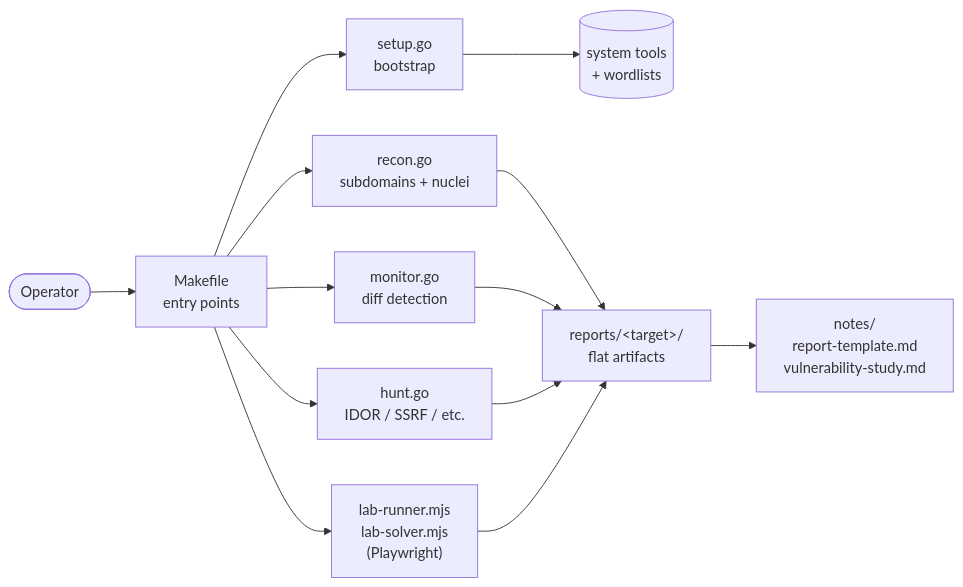
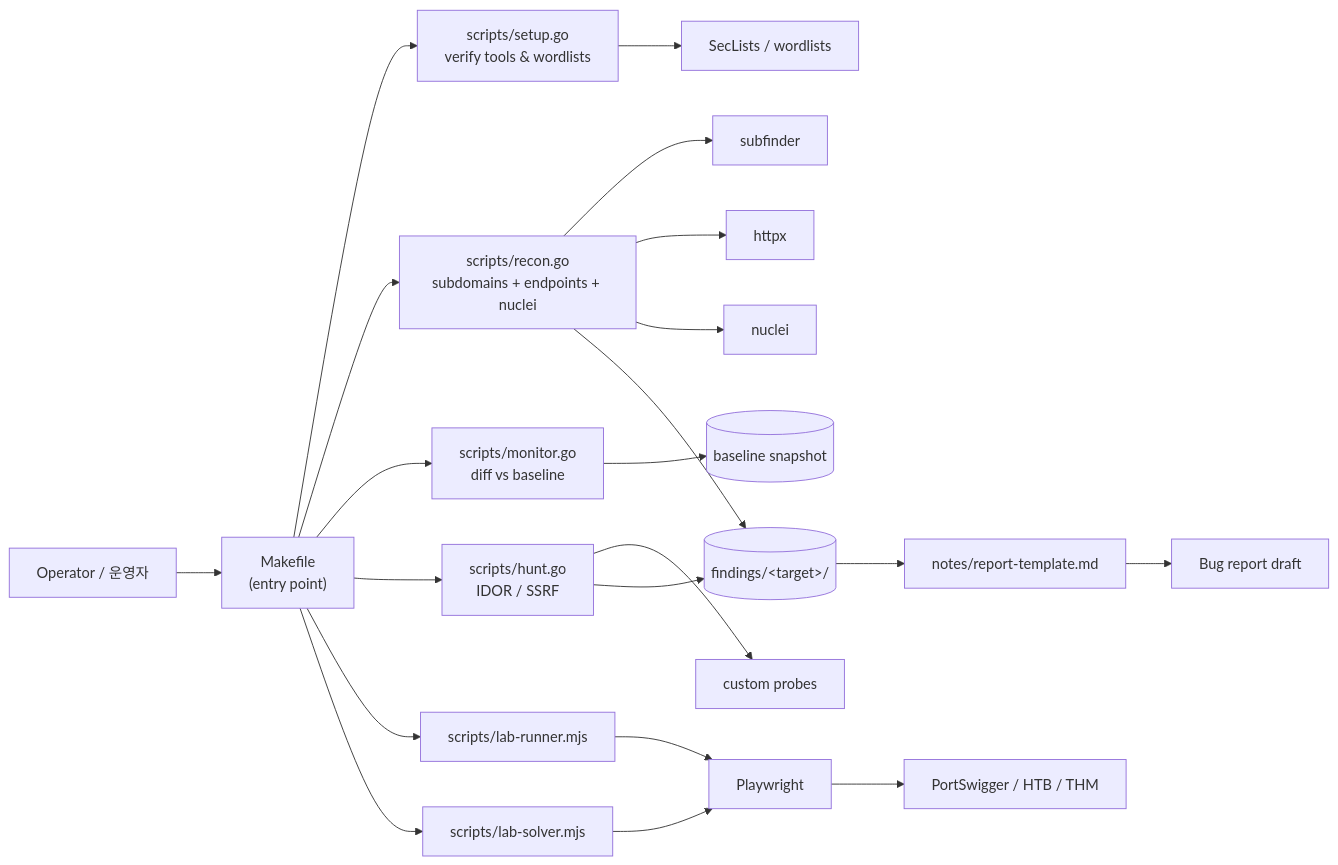
Before and after one commit to jclee941/bug: the diagram in README.md, drawn with Mermaid. The commit also changed other lines of this file, not shown here.

````diff
--- a/README.md
+++ b/README.md
@@ -81,20 +78,28 @@
 ```mermaid
 flowchart LR
-    OP([Operator])
-    MK["Makefile<br/>entry points"]
-    OP --> MK
+    Operator["Operator / 운영자"] --> Make["Makefile<br/>(entry point)"]
 
-    MK --> SET["setup.go<br/>bootstrap"]
-    MK --> REC["recon.go<br/>subdomains + nuclei"]
-    MK --> MON["monitor.go<br/>diff detection"]
-    MK --> HNT["hunt.go<br/>IDOR / SSRF / etc."]
-    MK --> LABS["lab-runner.mjs<br/>lab-solver.mjs<br/>(Playwright)"]
+    Make --> Setup["scripts/setup.go<br/>verify tools &amp; wordlists"]
+    Make --> Recon["scripts/recon.go<br/>subdomains + endpoints + nuclei"]
+    Make --> Monitor["scripts/monitor.go<br/>diff vs baseline"]
+    Make --> Hunt["scripts/hunt.go<br/>IDOR / SSRF"]
 
-    SET --> TOOLS[("system tools<br/>+ wordlists")]
-    REC --> OUT["reports/&lt;target&gt;/<br/>flat artifacts"]
-    MON --> OUT
-    HNT --> OUT
-    LABS --> OUT
+    Recon --> Subfinder["subfinder"]
+    Recon --> Httpx["httpx"]
+    Recon --> Nuclei["nuclei"]
+    Hunt --> Custom["custom probes"]
 
-    OUT --> NOTES["notes/<br/>report-template.md<br/>vulnerability-study.md"]
+    Setup --> Wordlists["SecLists / wordlists"]
+    Monitor --> Baseline[("baseline snapshot")]
+    Recon --> Out[("findings/&lt;target&gt;/")]
+    Hunt --> Out
+
+    Make --> LabRunner["scripts/lab-runner.mjs"]
+    Make --> LabSolver["scripts/lab-solver.mjs"]
+    LabRunner --> PW["Playwright"]
+    LabSolver --> PW
+    PW --> Academy["PortSwigger / HTB / THM"]
+
+    Out --> Notes["notes/report-template.md"]
+    Notes --> Report["Bug report draft"]
 ```
````
